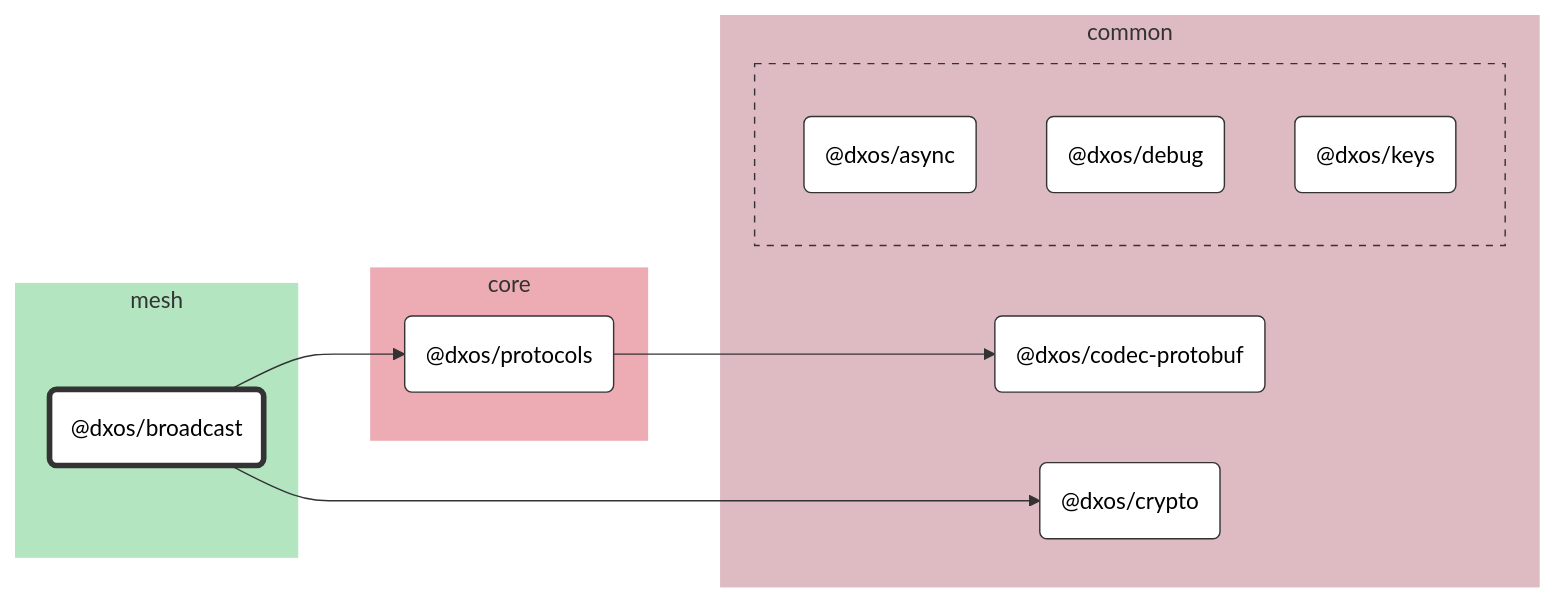
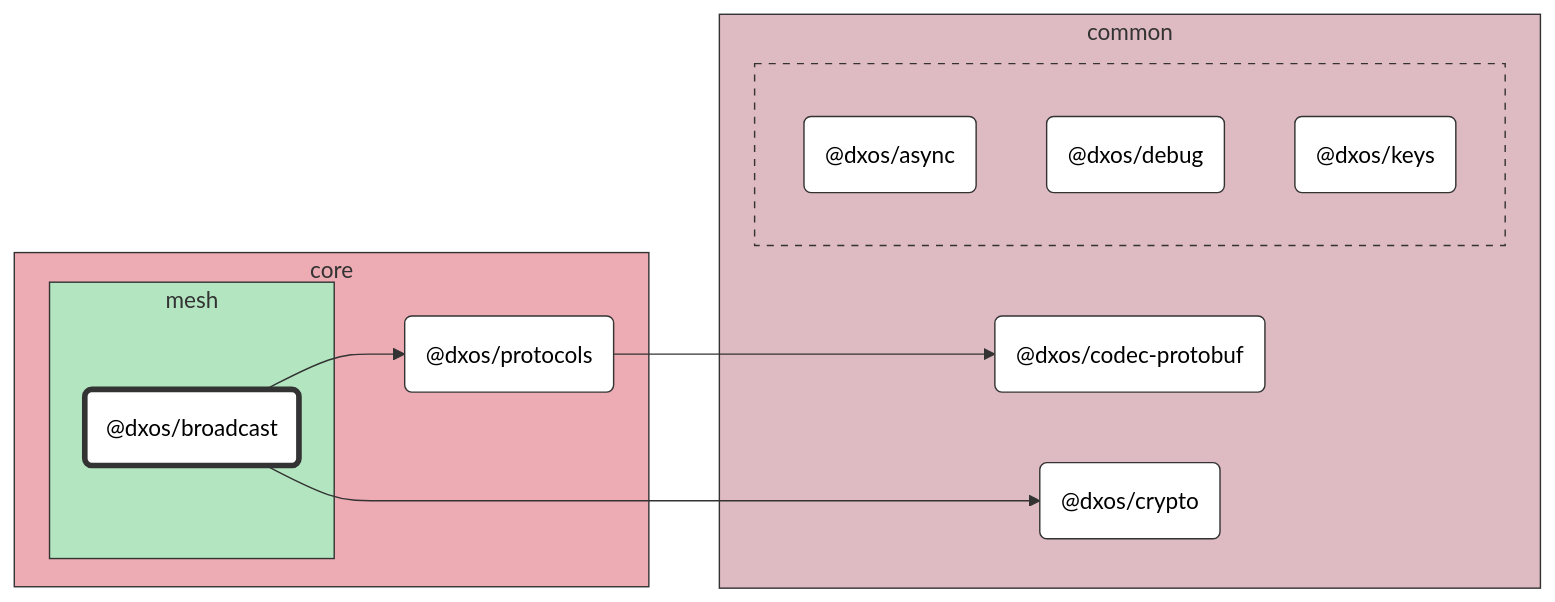
Before and after one commit to dxos/dxos: the diagram in packages/core/mesh/broadcast/docs/README.md, drawn with Mermaid (forest theme). The commit also changed 89 other files, not shown here.

````diff
--- a/packages/core/mesh/broadcast/docs/README.md
+++ b/packages/core/mesh/broadcast/docs/README.md
@@ -7,47 +7,47 @@
 ```mermaid
 %%{ init: {'flowchart':{'curve':'basis'}} }%%
 
 flowchart LR
 
 %% Classes
 classDef def fill:#fff,stroke:#333,stroke-width:1px
 classDef root fill:#fff,stroke:#333,stroke-width:4px
 
 %% Nodes
 
-subgraph mesh [mesh]
-  style mesh fill:#b3e6c0,stroke:#fff
-  dxos/broadcast("@dxos/broadcast"):::root
-  click dxos/broadcast "dxos/dxos/tree/main/packages/core/mesh/broadcast/docs"
+subgraph core [core]
+  style core fill:#edabb3,stroke:#333
+  dxos/protocols("@dxos/protocols"):::def
+  click dxos/protocols "dxos/dxos/tree/main/packages/core/protocols/docs"
+
+  subgraph mesh [mesh]
+    style mesh fill:#b3e6c0,stroke:#333
+    dxos/broadcast("@dxos/broadcast"):::root
+    click dxos/broadcast "dxos/dxos/tree/main/packages/core/mesh/broadcast/docs"
+  end
 end
 
 subgraph common [common]
-  style common fill:#debac2,stroke:#fff
+  style common fill:#debac2,stroke:#333
   dxos/codec-protobuf("@dxos/codec-protobuf"):::def
   click dxos/codec-protobuf "dxos/dxos/tree/main/packages/common/codec-protobuf/docs"
   dxos/crypto("@dxos/crypto"):::def
   click dxos/crypto "dxos/dxos/tree/main/packages/common/crypto/docs"
 
-  subgraph common-excluded [ ]
-    style common-excluded fill:#debac2,stroke:#333,stroke-dasharray:5 5
+  subgraph _ [ ]
+    style _ fill:#debac2,stroke:#333,stroke-dasharray:5 5
     dxos/async("@dxos/async"):::def
     click dxos/async "dxos/dxos/tree/main/packages/common/async/docs"
     dxos/debug("@dxos/debug"):::def
     click dxos/debug "dxos/dxos/tree/main/packages/common/debug/docs"
     dxos/keys("@dxos/keys"):::def
     click dxos/keys "dxos/dxos/tree/main/packages/common/keys/docs"
   end
 end
 
-subgraph core [core]
-  style core fill:#edabb3,stroke:#fff
-  dxos/protocols("@dxos/protocols"):::def
-  click dxos/protocols "dxos/dxos/tree/main/packages/core/protocols/docs"
-end
-
 %% Links
 linkStyle default stroke:#333,stroke-width:1px
 dxos/broadcast --> dxos/crypto
 dxos/broadcast --> dxos/protocols
 dxos/protocols --> dxos/codec-protobuf
 ```
````
